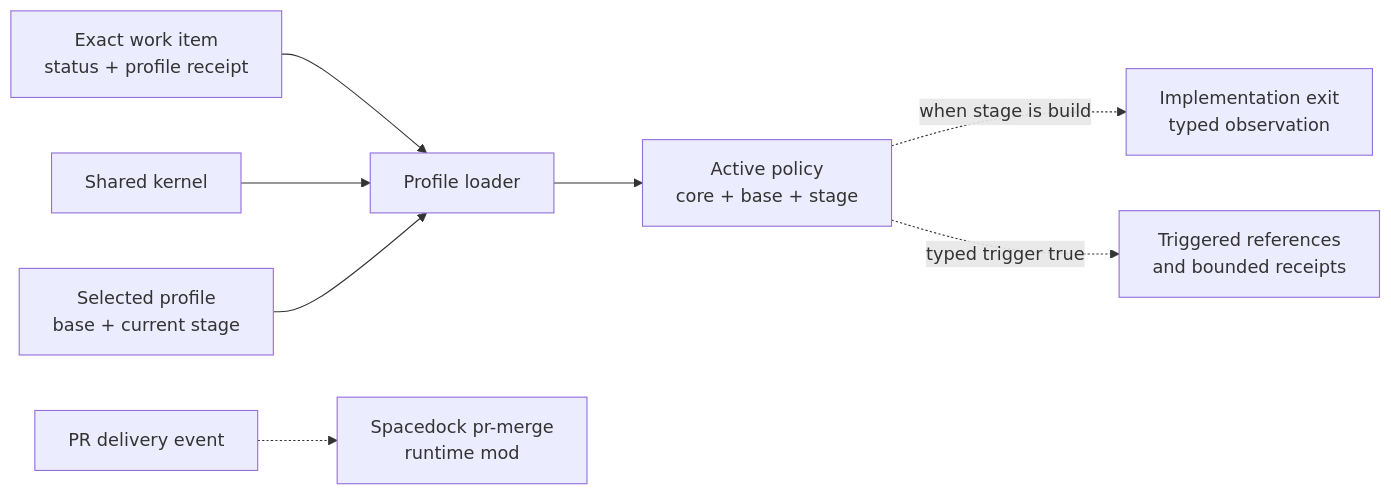
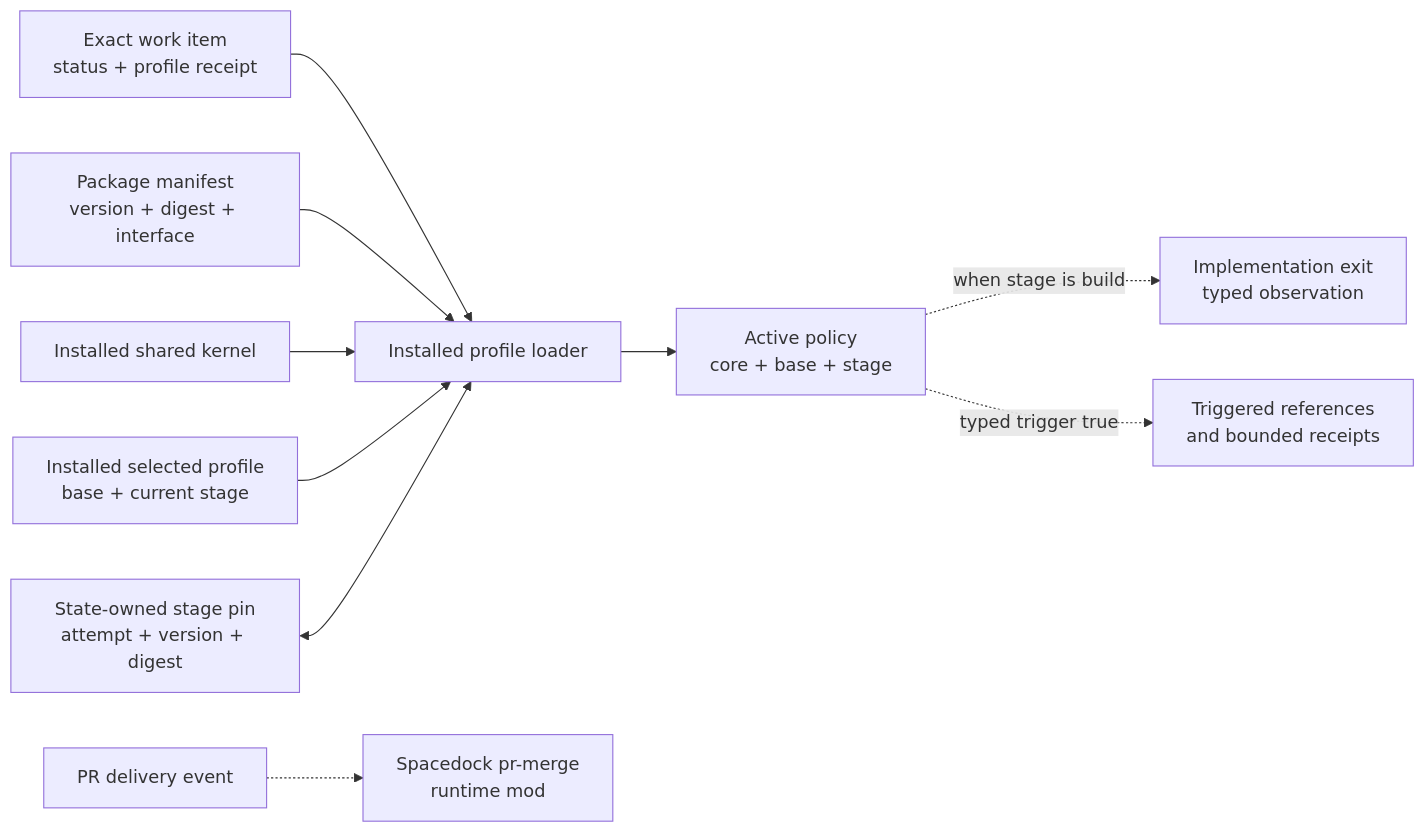
The first of 3 diagrams in ARCHITECTURE.md (iamcxa/kc-claude-plugins), drawn with Mermaid before and after one commit. The commit also changed other lines of this file and 36 other files, not shown here.

First line of the commit message:
refactor(kc-dev-flow): load contracts from installed plugin (#324)

````diff
--- a/ARCHITECTURE.md
+++ b/ARCHITECTURE.md
@@ -37,10 +45,12 @@
 ```mermaid
 flowchart LR
-    W["Exact work item<br/>status + profile receipt"] --> L[Profile loader]
-    K[Shared kernel] --> L
-    P["Selected profile<br/>base + current stage"] --> L
+    W["Exact work item<br/>status + profile receipt"] --> L[Installed profile loader]
+    M["Package manifest<br/>version + digest + interface"] --> L
+    K["Installed shared kernel"] --> L
+    P["Installed selected profile<br/>base + current stage"] --> L
+    S["State-owned stage pin<br/>attempt + version + digest"] <--> L
     L --> C["Active policy<br/>core + base + stage"]
     C -. "when stage is build" .-> X["Implementation exit<br/>typed observation"]
     C -. "typed trigger true" .-> R["Triggered references<br/>and bounded receipts"]
-    D["PR delivery event"] -.-> M["Spacedock pr-merge<br/>runtime mod"]
+    D["PR delivery event"] -.-> RM["Spacedock pr-merge<br/>runtime mod"]
 ```
````
